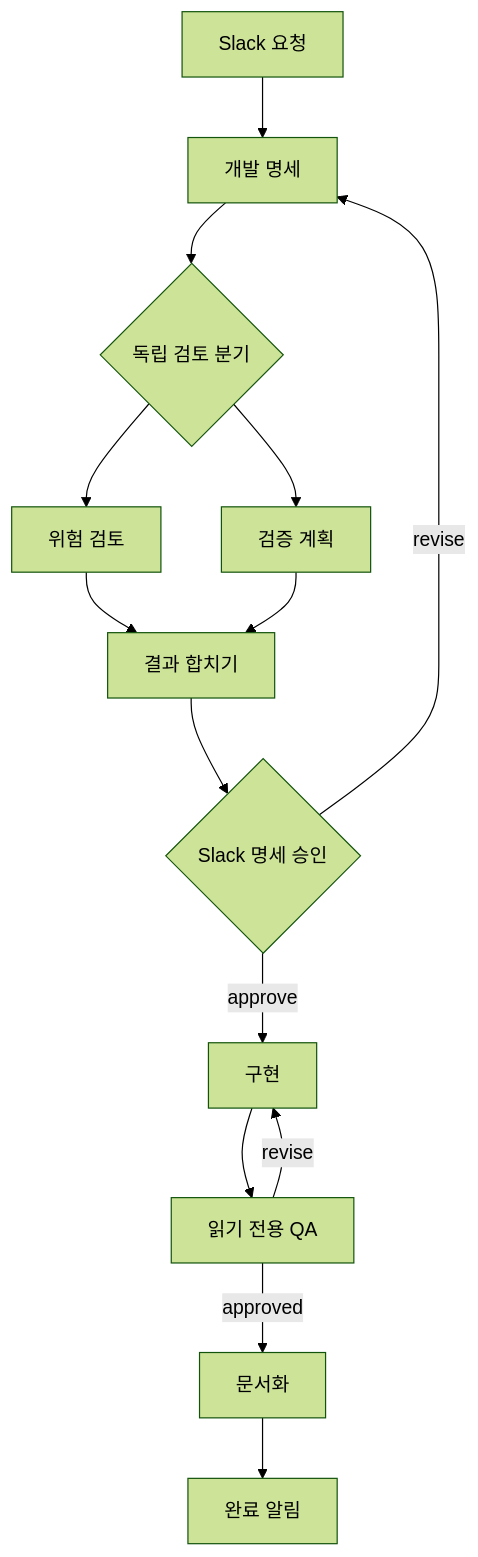
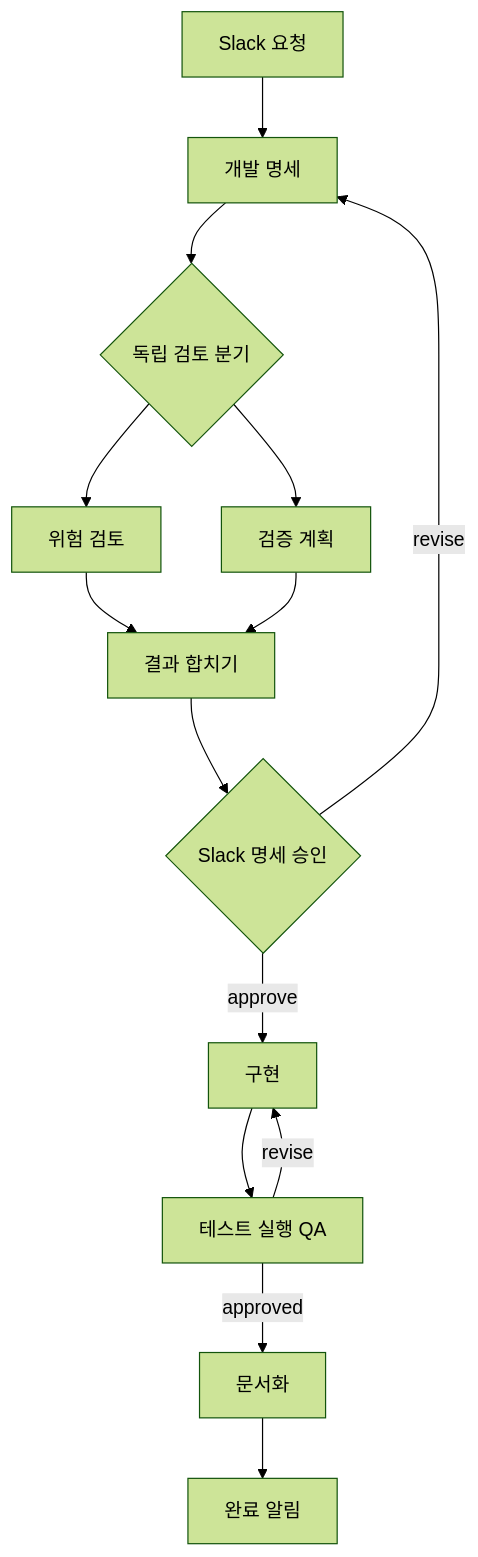
Before and after one commit to jisung-02/agentworkflow-example: the diagram in README.md, drawn with Mermaid (forest theme). The commit also changed other lines of this file and 2 other files, not shown here.

````diff
--- a/README.md
+++ b/README.md
@@ -5,16 +5,16 @@
 ```mermaid
 flowchart TD
     S[Slack 요청] --> A[개발 명세]
     A --> F{독립 검토 분기}
     F --> R[위험 검토]
     F --> T[검증 계획]
     R --> J[결과 합치기]
     T --> J
     J --> H{Slack 명세 승인}
     H -->|revise| A
     H -->|approve| I[구현]
-    I --> Q[읽기 전용 QA]
+    I --> Q[테스트 실행 QA]
     Q -->|revise| I
     Q -->|approved| D[문서화]
     D --> E[완료 알림]
 ```
````
